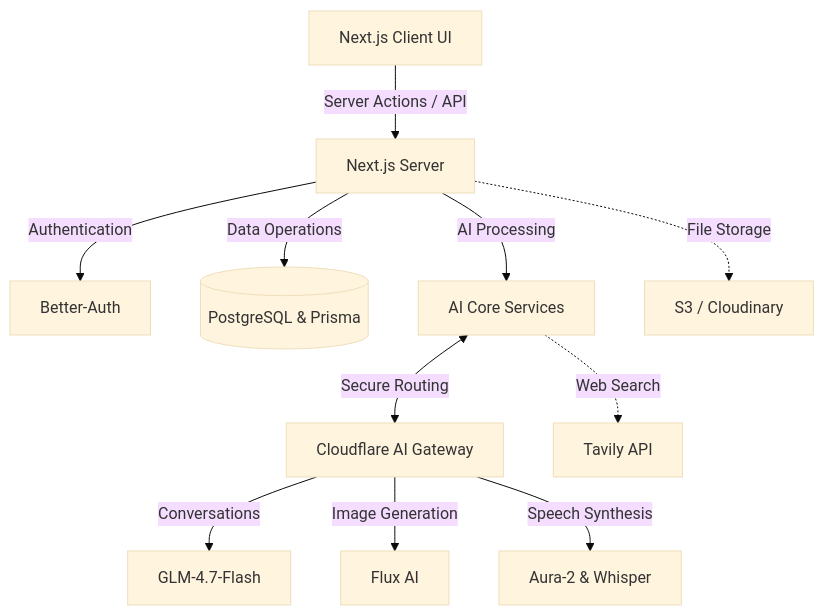
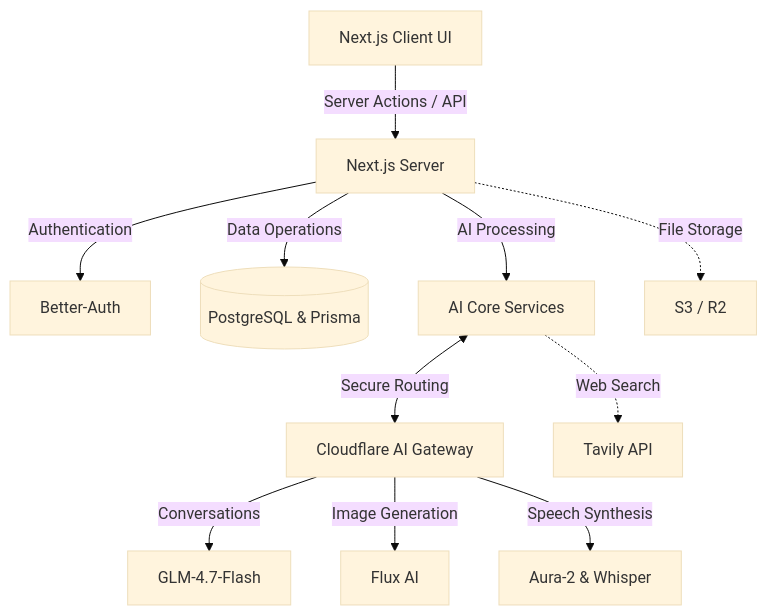
One commit to lwshakib/vision-agentic-ai changed the diagram in README.md. Above: the diagram before and after it, drawn with Mermaid (base theme). The commit also changed other lines of this file and 2 other files, not shown here.

Commit message:
feat: define AI message types and migrate image storage from Cloudinary to AWS S3/Cloudflare R2

````diff
--- a/README.md
+++ b/README.md
@@ -101,15 +101,15 @@
 ```mermaid
 graph TD
     Client[Next.js Client UI] -->|Server Actions / API| Server[Next.js Server]
     Server -->|Authentication| Auth[Better-Auth]
     Server -->|Data Operations| DB[(PostgreSQL & Prisma)]
     Server -->|AI Processing| AICore[AI Core Services]
     
     AICore <-->|Secure Routing| Gateway[Cloudflare AI Gateway]
     Gateway -->|Conversations| GLM[GLM-4.7-Flash]
     Gateway -->|Image Generation| FLUX[Flux AI]
     Gateway -->|Speech Synthesis| Audio[Aura-2 & Whisper]
     
     AICore -.->|Web Search| Tavily[Tavily API]
-    Server -.->|File Storage| Storage[S3 / Cloudinary]
+    Server -.->|File Storage| Storage[S3 / R2]
 ```
````
